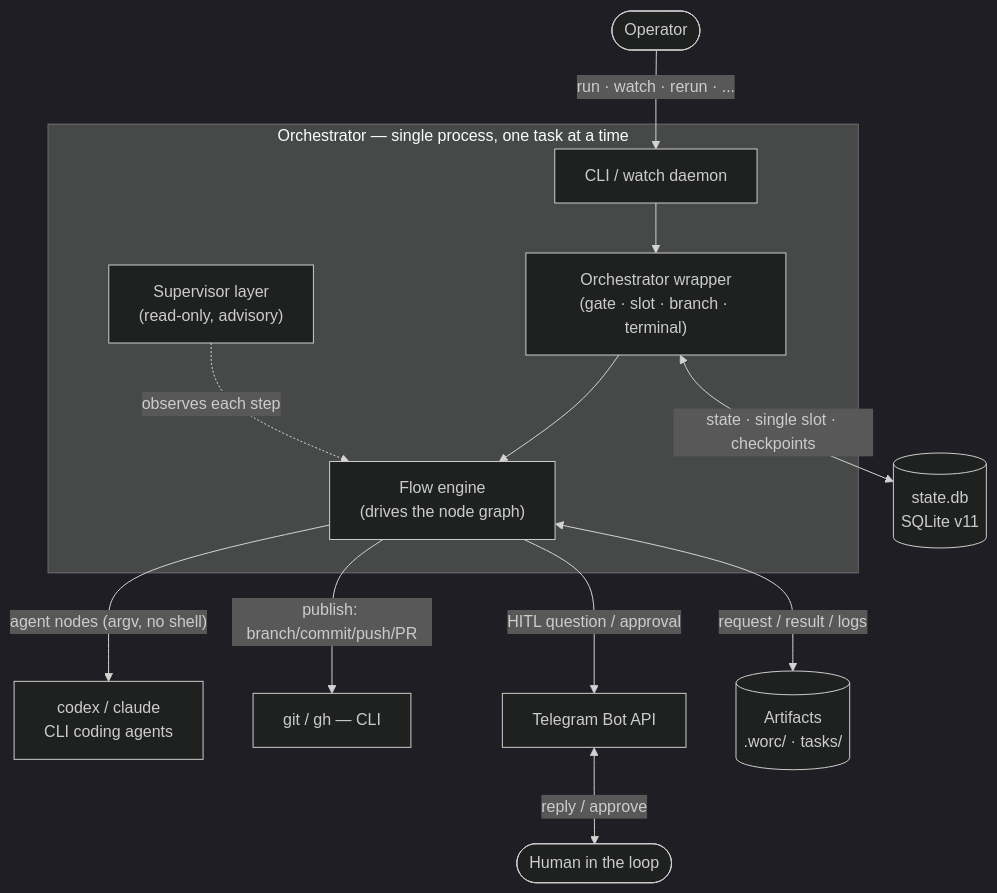
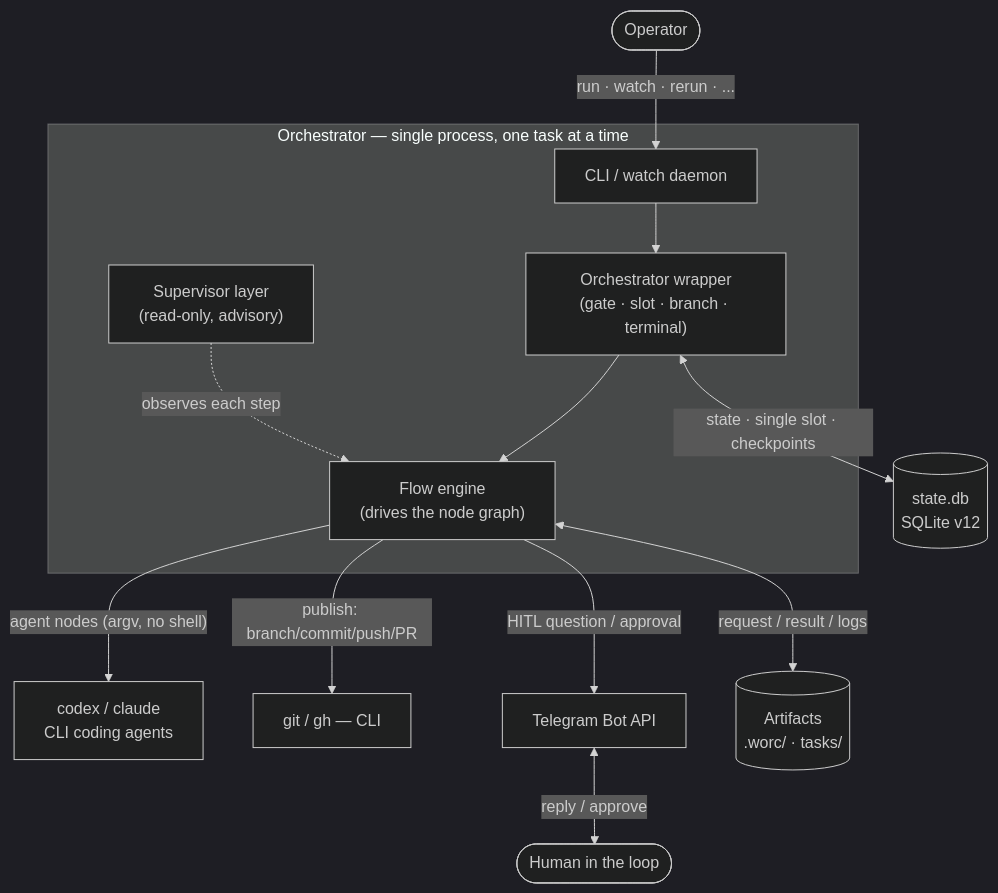
One commit to VladimirMakarevich/wastech-orchestrator changed the first of 3 diagrams in docs/worc_architecture.md. Above: the diagram before and after it, drawn with Mermaid (dark theme). The commit also changed other lines of this file and 92 other files, not shown here.

````diff
--- a/docs/worc_architecture.md
+++ b/docs/worc_architecture.md
@@ -30,28 +30,28 @@
 ```mermaid
 flowchart TB
     operator(["Operator"])
     human(["Human in the loop"])
 
     subgraph orc["Orchestrator — single process, one task at a time"]
         cli["CLI / watch daemon"]
         wrap["Orchestrator wrapper<br/>(gate · slot · branch · terminal)"]
         engine["Flow engine<br/>(drives the node graph)"]
         sup["Supervisor layer<br/>(read-only, advisory)"]
         cli --> wrap --> engine
         sup -. observes each step .-> engine
     end
 
     agents["codex / claude<br/>CLI coding agents"]
     vcs["git / gh — CLI"]
     tg["Telegram Bot API"]
-    db[("state.db<br/>SQLite v11")]
+    db[("state.db<br/>SQLite v12")]
     art[("Artifacts<br/>.worc/ · tasks/")]
 
     operator -->|"run · watch · rerun · ..."| cli
     engine -->|"agent nodes (argv, no shell)"| agents
     engine -->|"publish: branch/commit/push/PR"| vcs
     engine -->|"HITL question / approval"| tg
     tg <-->|"reply / approve"| human
     wrap <-->|"state · single slot · checkpoints"| db
     engine <-->|"request / result / logs"| art
 ```
````
